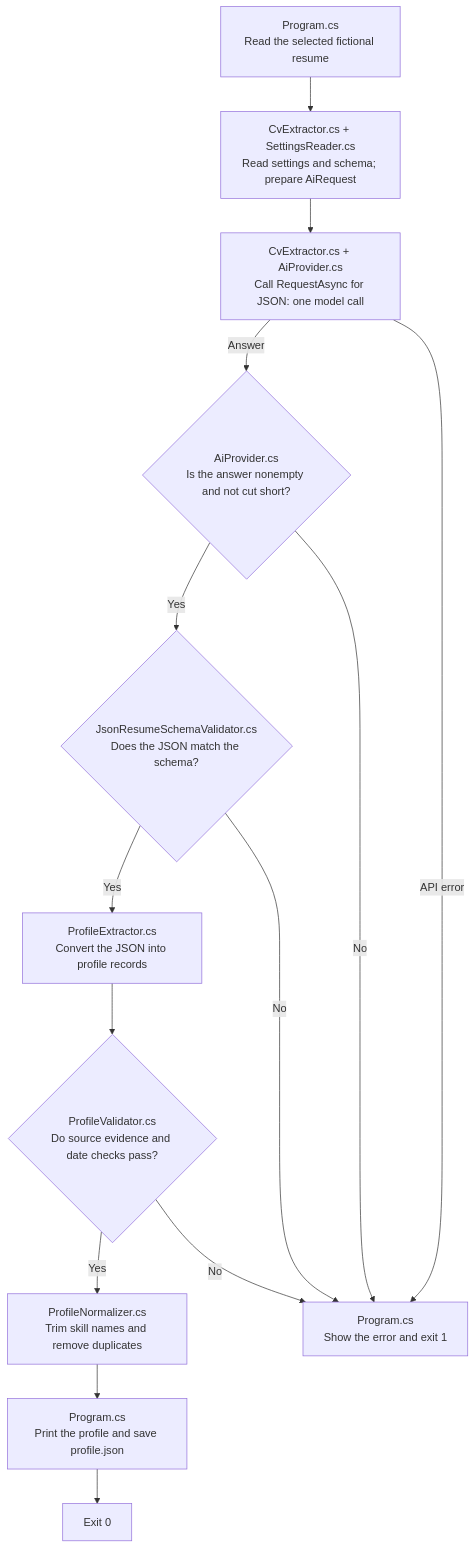
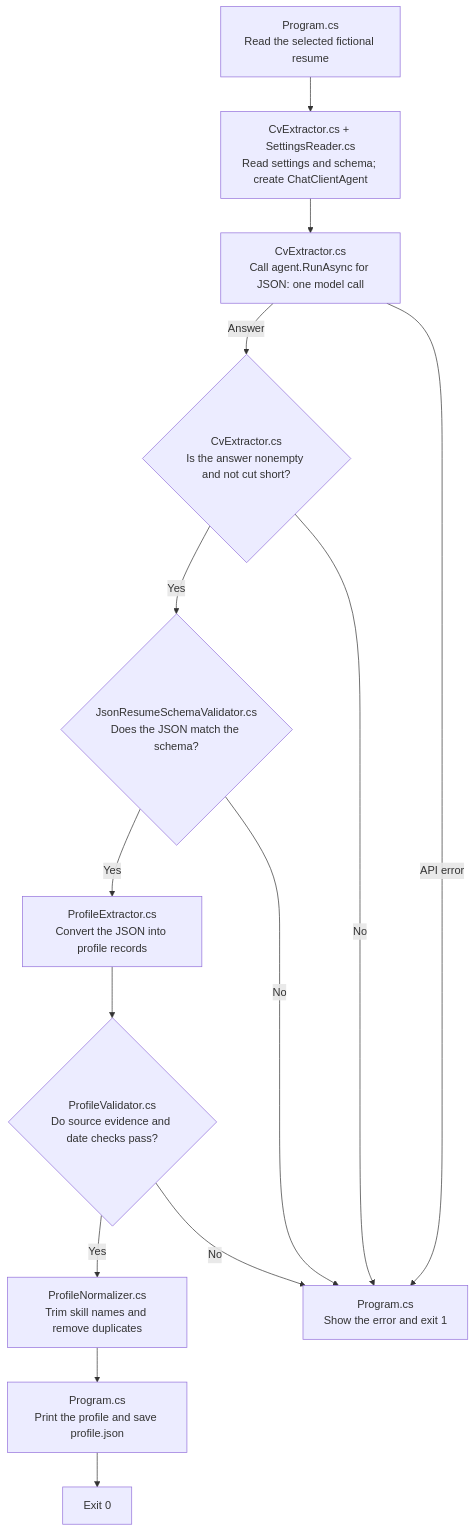
The diagram in 02-structured-output/structured-output/README.md (KhosroPakmanesh/ai-engineering-training), drawn with Mermaid before and after one commit. The commit also changed other lines of this file and 36 other files, not shown here.

````diff
--- a/02-structured-output/structured-output/README.md
+++ b/02-structured-output/structured-output/README.md
@@ -21,16 +21,16 @@
 ```mermaid
 flowchart TD
-    A["Program.cs<br/>Read the selected fictional resume"] --> B["CvExtractor.cs + SettingsReader.cs<br/>Read settings and schema; prepare AiRequest"]
-    B --> C["CvExtractor.cs + AiProvider.cs<br/>Call RequestAsync for JSON: one model call"]
-    C -->|Answer| D{"AiProvider.cs<br/>Is the answer nonempty and not cut short?"}
+    A["Program.cs<br/>Read the selected fictional resume"] --> B["CvExtractor.cs + SettingsReader.cs<br/>Read settings and schema; create ChatClientAgent"]
+    B --> C["CvExtractor.cs<br/>Call agent.RunAsync for JSON: one model call"]
+    C -->|Answer| D{"CvExtractor.cs<br/>Is the answer nonempty and not cut short?"}
     D -->|Yes| E{"JsonResumeSchemaValidator.cs<br/>Does the JSON match the schema?"}
     E -->|Yes| P["ProfileExtractor.cs<br/>Convert the JSON into profile records"]
     P --> V{"ProfileValidator.cs<br/>Do source evidence and date checks pass?"}
     V -->|Yes| F["ProfileNormalizer.cs<br/>Trim skill names and remove duplicates"]
     F --> G["Program.cs<br/>Print the profile and save profile.json"]
     G --> H["Exit 0"]
     E -->|No| I["Program.cs<br/>Show the error and exit 1"]
     V -->|No| I
     C -->|API error| I
     D -->|No| I
 ```
````
